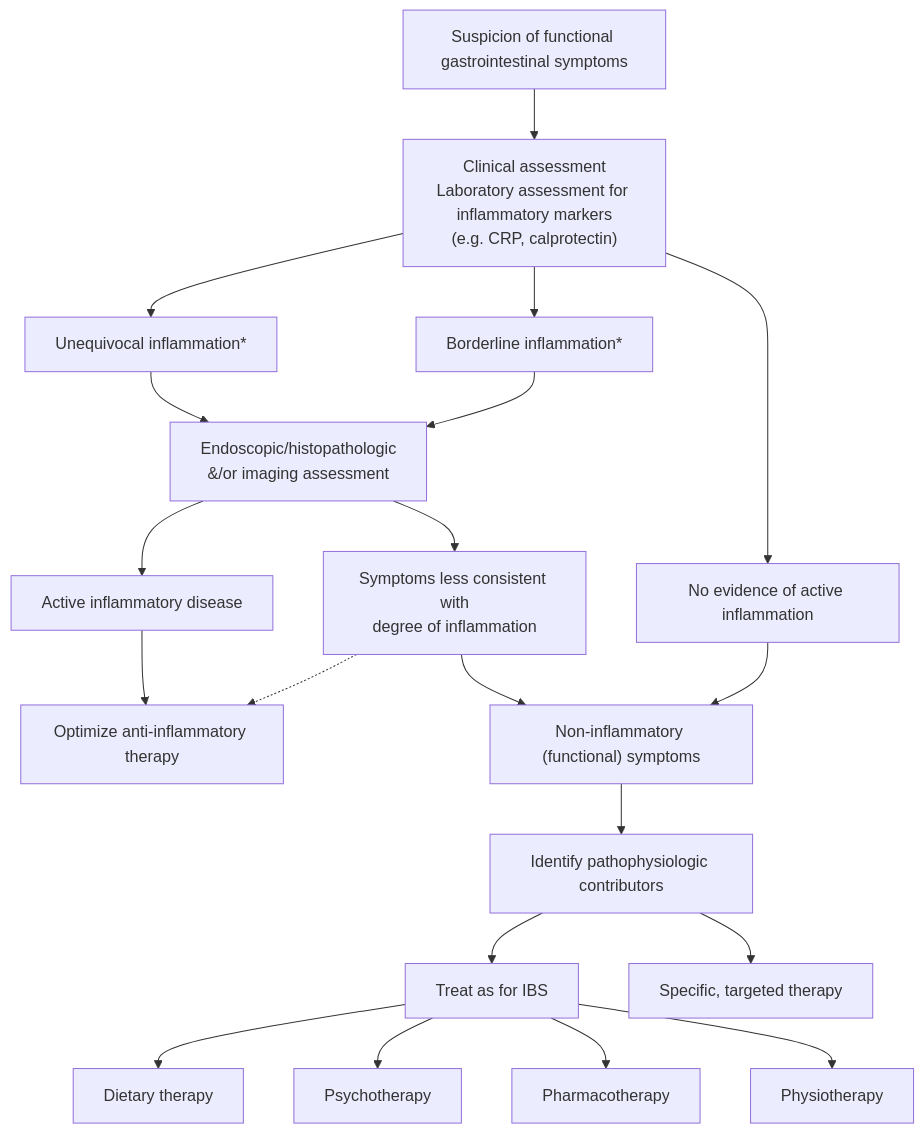
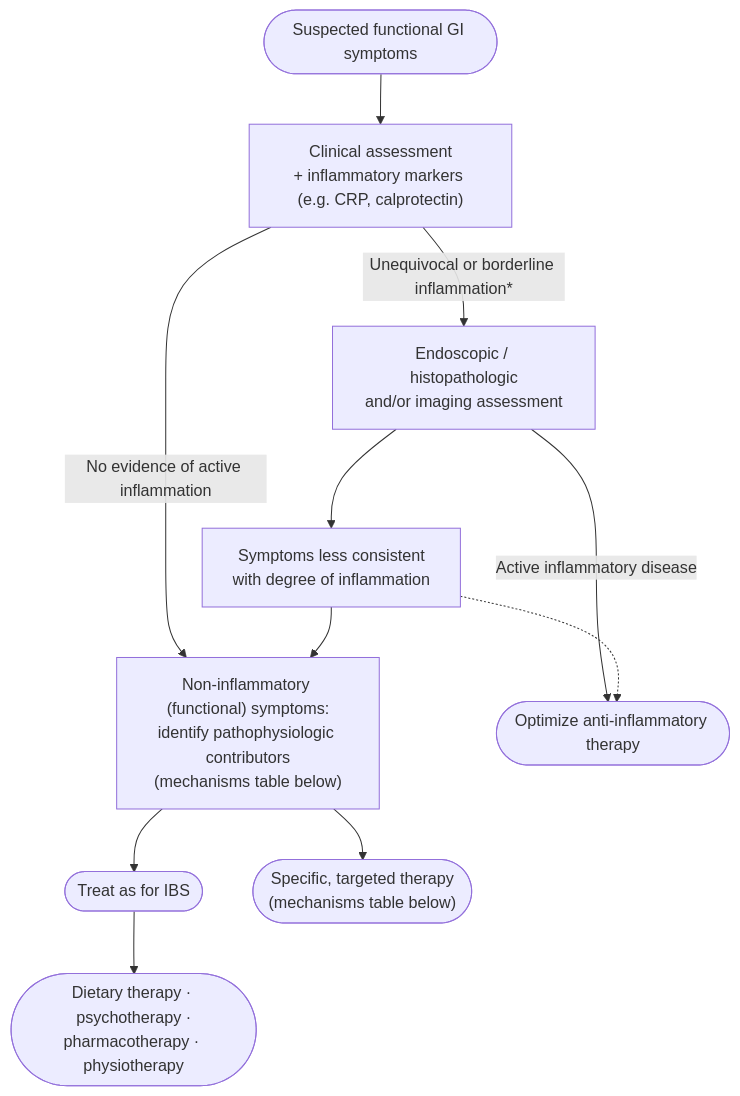
The diagram in KHNL-GI-Wiki/wiki/7-concepts/inflammatory-bowel-disease.md (KHNickLeMD/KHNL-GI-Wiki), drawn with Mermaid before and after one commit. The commit also changed other lines of this file and 10 other files, not shown here.

Commit message:
lint: quality review run 4 (in progress) — inflammatory-bowel-disease reviewed + verified; 4 source pages verified

````diff
--- a/KHNL-GI-Wiki/wiki/7-concepts/inflammatory-bowel-disease.md
+++ b/KHNL-GI-Wiki/wiki/7-concepts/inflammatory-bowel-disease.md
@@ -103,22 +137,16 @@
 ```mermaid
 flowchart TD
-    A["Suspicion of functional gastrointestinal symptoms"] --> B["Clinical assessment<br/>Laboratory assessment for inflammatory markers<br/>(e.g. CRP, calprotectin)"]
-    B --> C["Unequivocal inflammation*"]
-    B --> D["Borderline inflammation*"]
-    B --> E["No evidence of active inflammation"]
-    C --> F["Endoscopic/histopathologic<br/>&/or imaging assessment"]
-    D --> F
-    F --> G["Active inflammatory disease"]
-    F --> H["Symptoms less consistent with<br/>degree of inflammation"]
-    G --> I["Optimize anti-inflammatory therapy"]
+    A(["Suspected functional GI symptoms"]) --> B["Clinical assessment<br/>+ inflammatory markers (e.g. CRP, calprotectin)"]
+    B -- "Unequivocal or borderline inflammation*" --> F["Endoscopic / histopathologic<br/>and/or imaging assessment"]
+    B -- "No evidence of active inflammation" --> K["Non-inflammatory (functional) symptoms:<br/>identify pathophysiologic contributors<br/>(mechanisms table below)"]
+    F -- "Active inflammatory disease" --> I(["Optimize anti-inflammatory therapy"])
+    F --> H["Symptoms less consistent<br/>with degree of inflammation"]
+    H --> K
     H -.-> I
-    H --> J["Non-inflammatory (functional) symptoms"]
-    E --> J
-    J --> K["Identify pathophysiologic contributors"]
-    K --> L["Treat as for IBS"]
-    K --> M["Specific, targeted therapy"]
-    L --> N["Dietary therapy"]
-    L --> O["Psychotherapy"]
-    L --> P["Pharmacotherapy"]
-    L --> Q["Physiotherapy"]
+    K --> L(["Treat as for IBS"])
+    K --> M(["Specific, targeted therapy<br/>(mechanisms table below)"])
+    L --> N(["Dietary therapy · psychotherapy ·<br/>pharmacotherapy · physiotherapy"])
+    class A start
+    class B,F,H,K test
+    class I,L,M,N act
 ```
````
